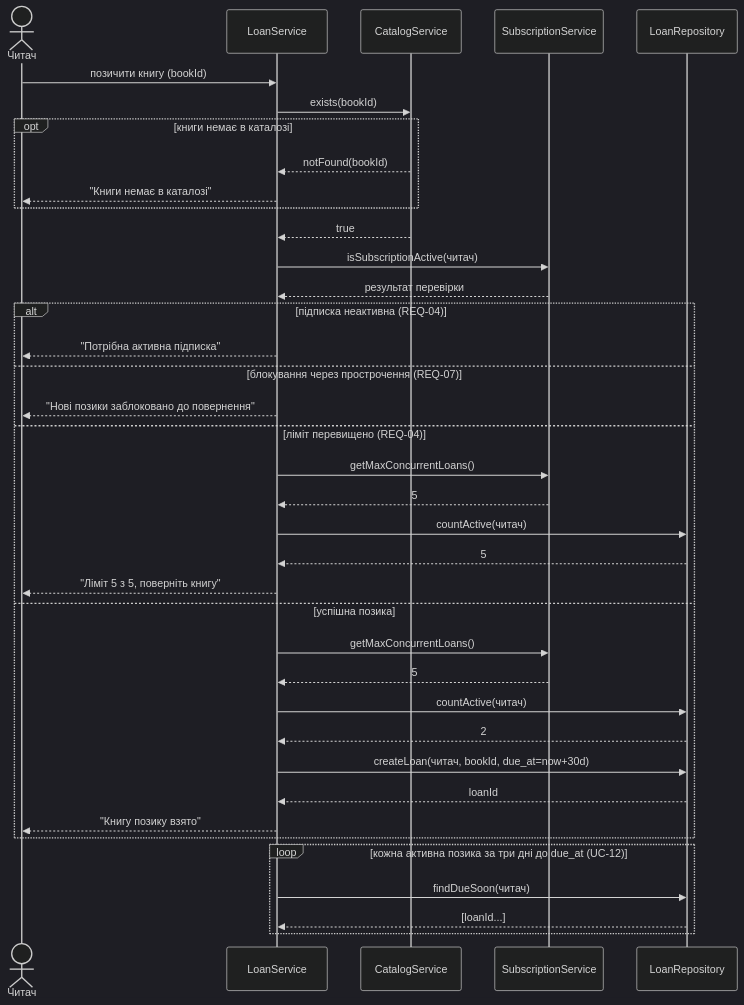
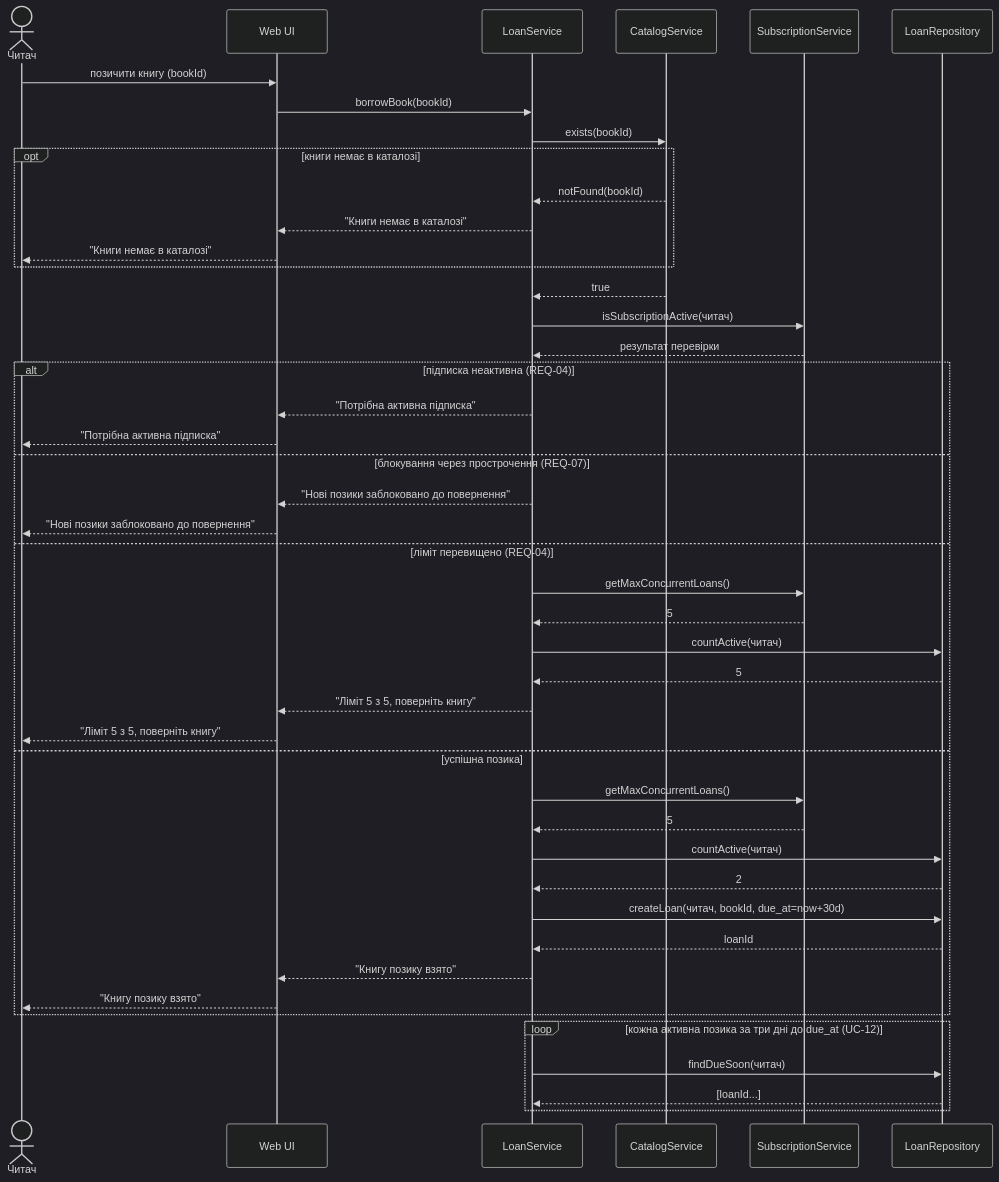
Before and after one commit to sanyalovemoney/KPI_labs: the diagram in Labs/lab3-sequence/model/borrow-book.mmd, drawn with Mermaid (dark theme). The commit also changed 1 other file, not shown here.

Commit message:
lab3: fix - add Web UI actor as participant, route through UI
Spec listed Web UI as a participant; v1 and fix-commits drew the reader talking straight to LoanService. Real request path is reader -> Web UI -> service. All returns routed back through the UI so every call still has a return.

```diff
--- a/Labs/lab3-sequence/model/borrow-book.mmd
+++ b/Labs/lab3-sequence/model/borrow-book.mmd
@@ -1,39 +1,46 @@
 sequenceDiagram
     actor Читач
+    participant UI as Web UI
     participant LoanService
     participant CatalogService
     participant SubscriptionService
     participant LoanRepository
 
-    Читач->>LoanService: позичити книгу (bookId)
+    Читач->>UI: позичити книгу (bookId)
+    UI->>LoanService: borrowBook(bookId)
     LoanService->>CatalogService: exists(bookId)
     opt книги немає в каталозі
         CatalogService-->>LoanService: notFound(bookId)
-        LoanService-->>Читач: "Книги немає в каталозі"
+        LoanService-->>UI: "Книги немає в каталозі"
+        UI-->>Читач: "Книги немає в каталозі"
     end
     CatalogService-->>LoanService: true
     LoanService->>SubscriptionService: isSubscriptionActive(читач)
     SubscriptionService-->>LoanService: результат перевірки
     alt підписка неактивна (REQ-04)
-        LoanService-->>Читач: "Потрібна активна підписка"
+        LoanService-->>UI: "Потрібна активна підписка"
+        UI-->>Читач: "Потрібна активна підписка"
     else блокування через прострочення (REQ-07)
-        LoanService-->>Читач: "Нові позики заблоковано до повернення"
+        LoanService-->>UI: "Нові позики заблоковано до повернення"
+        UI-->>Читач: "Нові позики заблоковано до повернення"
     else ліміт перевищено (REQ-04)
         LoanService->>SubscriptionService: getMaxConcurrentLoans()
         SubscriptionService-->>LoanService: 5
         LoanService->>LoanRepository: countActive(читач)
         LoanRepository-->>LoanService: 5
-        LoanService-->>Читач: "Ліміт 5 з 5, поверніть книгу"
+        LoanService-->>UI: "Ліміт 5 з 5, поверніть книгу"
+        UI-->>Читач: "Ліміт 5 з 5, поверніть книгу"
     else успішна позика
         LoanService->>SubscriptionService: getMaxConcurrentLoans()
         SubscriptionService-->>LoanService: 5
         LoanService->>LoanRepository: countActive(читач)
         LoanRepository-->>LoanService: 2
         LoanService->>LoanRepository: createLoan(читач, bookId, due_at=now+30d)
         LoanRepository-->>LoanService: loanId
-        LoanService-->>Читач: "Книгу позику взято"
+        LoanService-->>UI: "Книгу позику взято"
+        UI-->>Читач: "Книгу позику взято"
     end
     loop кожна активна позика за три дні до due_at (UC-12)
         LoanService->>LoanRepository: findDueSoon(читач)
         LoanRepository-->>LoanService: [loanId...]
     end
```
